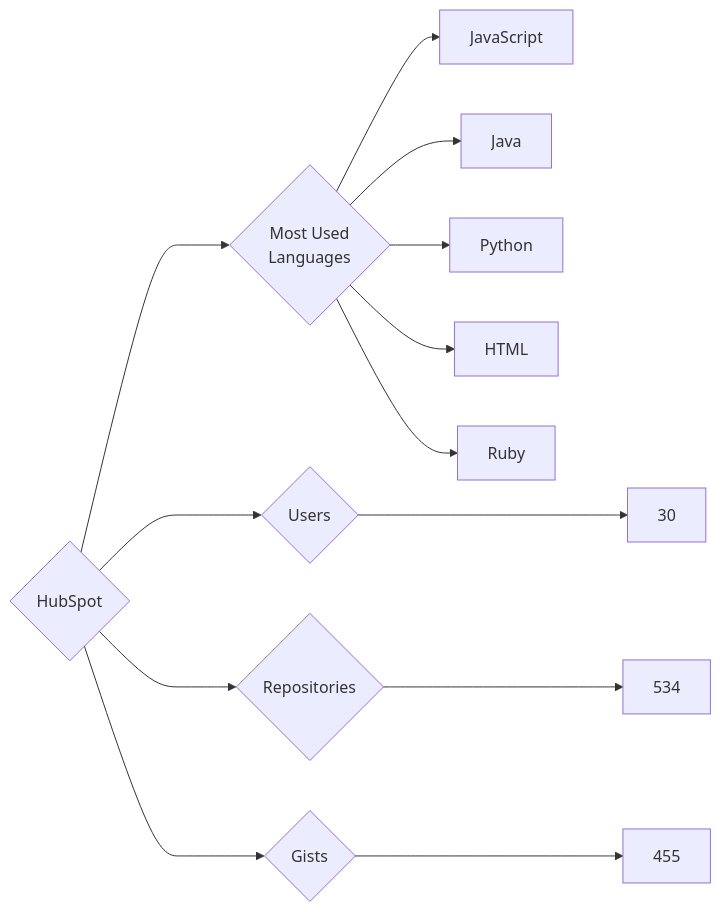
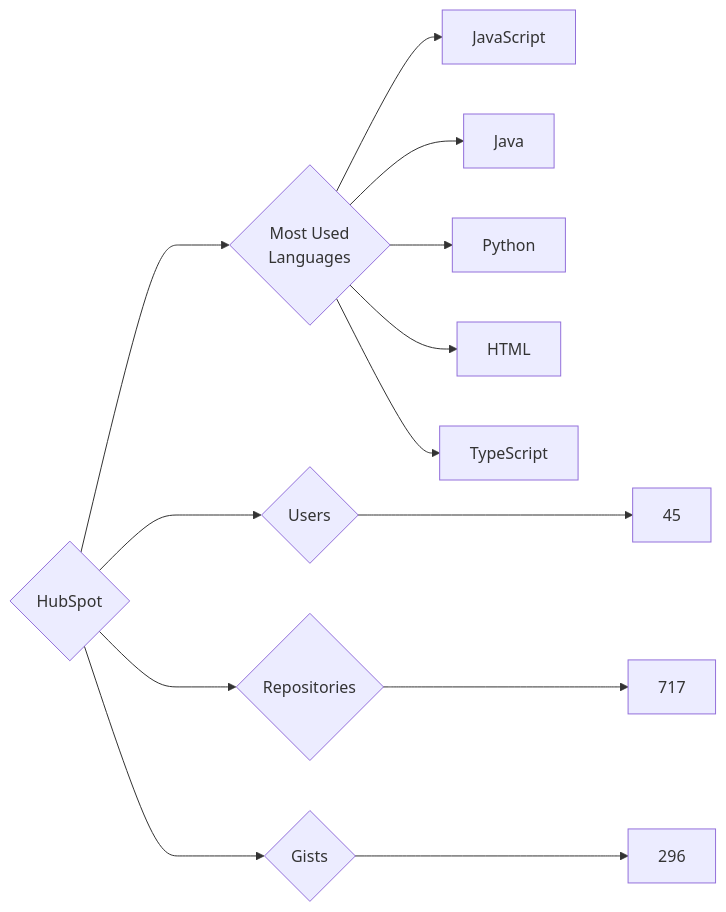
The diagram in targets/HubSpot/README.md (trickest/insiders), drawn with Mermaid before and after one commit. The commit also changed 682 other files, not shown here.

````diff
--- a/targets/HubSpot/README.md
+++ b/targets/HubSpot/README.md
@@ -3,13 +3,13 @@
 ```mermaid
 graph LR
 COMPANY_NAME{HubSpot}
-COMPANY_NAME ---> U{Users} ---> UN[30]
-COMPANY_NAME ---> R{Repositories} ---> RN[534]
-COMPANY_NAME ---> G{Gists} ---> GN[455]
+COMPANY_NAME ---> U{Users} ---> UN[45]
+COMPANY_NAME ---> R{Repositories} ---> RN[717]
+COMPANY_NAME ---> G{Gists} ---> GN[296]
 COMPANY_NAME ---> ML{Most Used<br>Languages}
 ML --> JavaScript[JavaScript]
 ML --> Java[Java]
 ML --> Python[Python]
 ML --> HTML[HTML]
-ML --> Ruby[Ruby]
+ML --> TypeScript[TypeScript]
 ```
````
